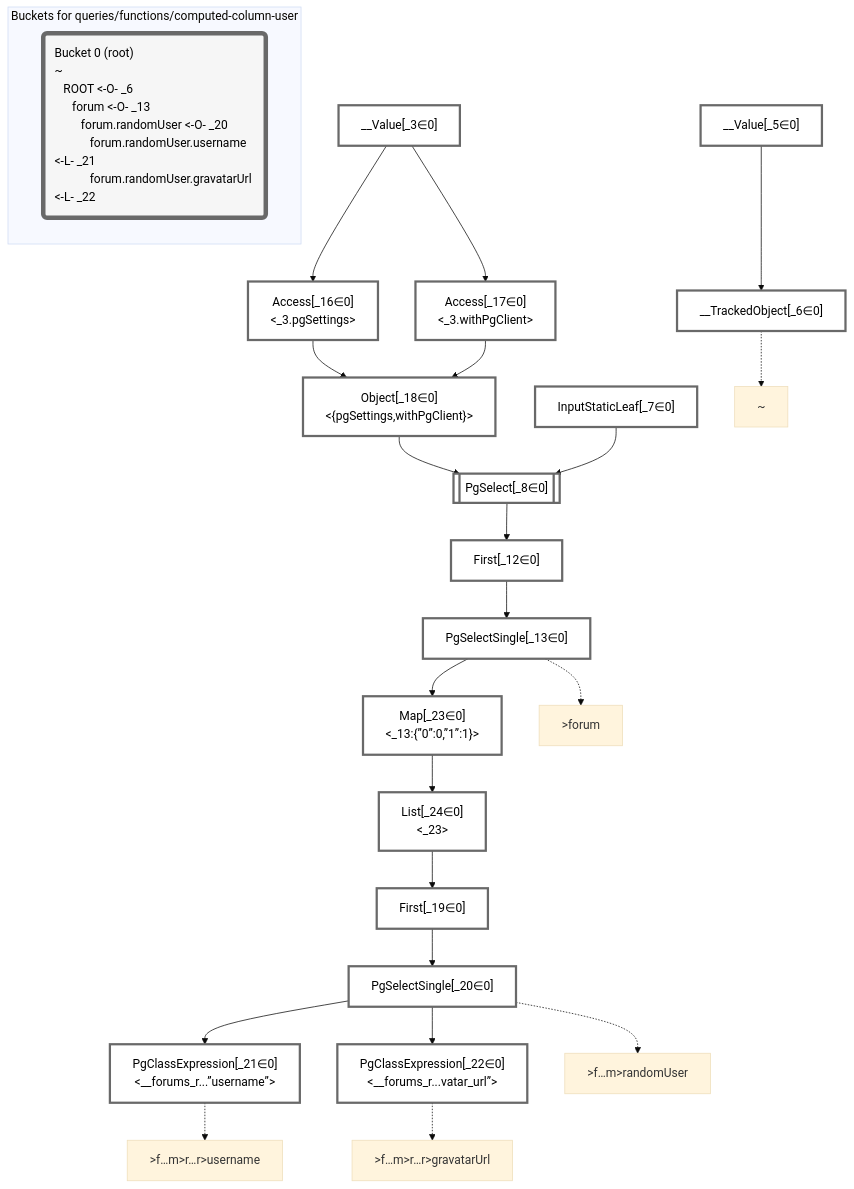
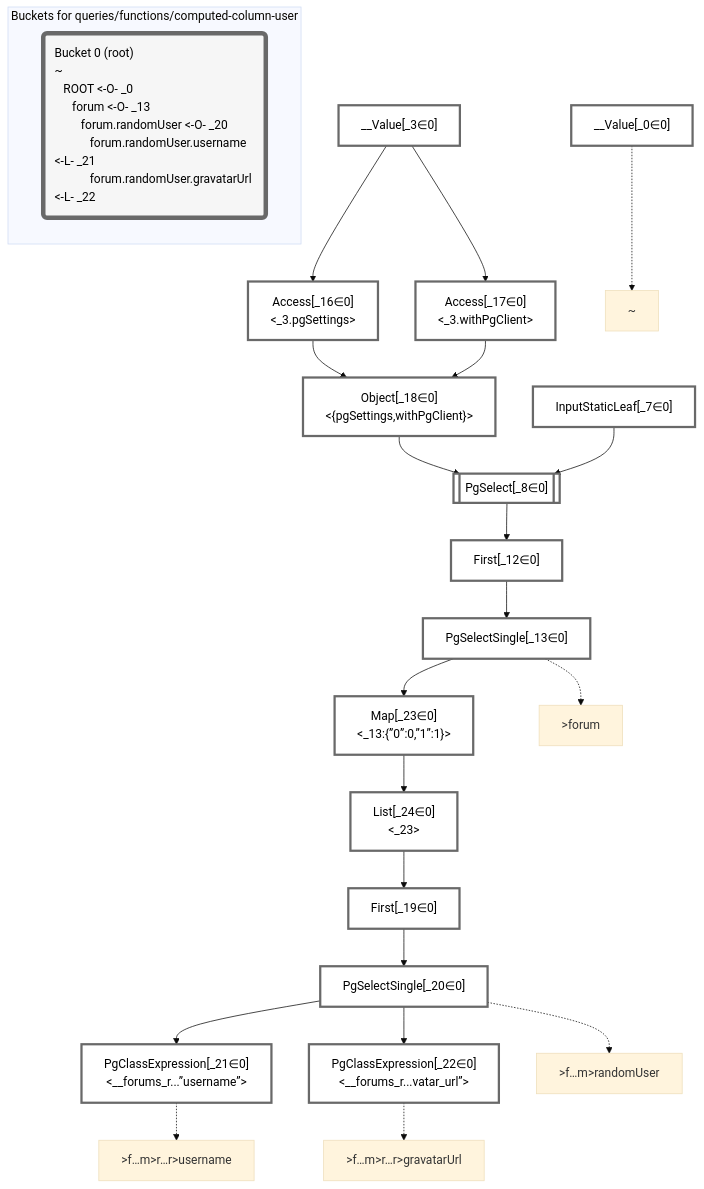
Before and after one commit to graphile/crystal: the diagram in packages/dataplan-pg/__tests__/queries/functions/computed-column-user.mermaid.md, drawn with Mermaid (base theme). The commit also changed 193 other files, not shown here.

Commit message:
Update test plan snapshots with new root plan

````diff
--- a/packages/dataplan-pg/__tests__/queries/functions/computed-column-user.mermaid.md
+++ b/packages/dataplan-pg/__tests__/queries/functions/computed-column-user.mermaid.md
@@ -1,65 +1,63 @@
 ```mermaid
 graph TD
     classDef path fill:#eee,stroke:#000,color:#000
     classDef plan fill:#fff,stroke-width:3px,color:#000
     classDef itemplan fill:#fff,stroke-width:6px,color:#000
     classDef sideeffectplan fill:#f00,stroke-width:6px,color:#000
     classDef bucket fill:#f6f6f6,color:#000,stroke-width:6px,text-align:left
 
 
     %% define plans
+    __Value_0["__Value[_0∈0]"]:::plan
     __Value_3["__Value[_3∈0]<br /><context>"]:::plan
-    __Value_5["__Value[_5∈0]<br /><rootValue>"]:::plan
-    __TrackedObject_6["__TrackedObject[_6∈0]"]:::plan
     InputStaticLeaf_7["InputStaticLeaf[_7∈0]"]:::plan
     PgSelect_8[["PgSelect[_8∈0]<br /><forums>"]]:::plan
     First_12["First[_12∈0]"]:::plan
     PgSelectSingle_13["PgSelectSingle[_13∈0]<br /><forums>"]:::plan
     Access_16["Access[_16∈0]<br /><_3.pgSettings>"]:::plan
     Access_17["Access[_17∈0]<br /><_3.withPgClient>"]:::plan
     Object_18["Object[_18∈0]<br /><{pgSettings,withPgClient}>"]:::plan
     First_19["First[_19∈0]"]:::plan
     PgSelectSingle_20["PgSelectSingle[_20∈0]<br /><users>"]:::plan
     PgClassExpression_21["PgClassExpression[_21∈0]<br /><__forums_r...”username”>"]:::plan
     PgClassExpression_22["PgClassExpression[_22∈0]<br /><__forums_r...vatar_url”>"]:::plan
     Map_23["Map[_23∈0]<br /><_13:{”0”:0,”1”:1}>"]:::plan
     List_24["List[_24∈0]<br /><_23>"]:::plan
 
     %% plan dependencies
-    __Value_5 --> __TrackedObject_6
     Object_18 --> PgSelect_8
     InputStaticLeaf_7 --> PgSelect_8
     PgSelect_8 --> First_12
     First_12 --> PgSelectSingle_13
     __Value_3 --> Access_16
     __Value_3 --> Access_17
     Access_16 --> Object_18
     Access_17 --> Object_18
     List_24 --> First_19
     First_19 --> PgSelectSingle_20
     PgSelectSingle_20 --> PgClassExpression_21
     PgSelectSingle_20 --> PgClassExpression_22
     PgSelectSingle_13 --> Map_23
     Map_23 --> List_24
 
     %% plan-to-path relationships
-    P_6["~"]
-    __TrackedObject_6 -.-> P_6
+    P_0["~"]
+    __Value_0 -.-> P_0
     P_13[">forum"]
     PgSelectSingle_13 -.-> P_13
     P_20[">f…m>randomUser"]
     PgSelectSingle_20 -.-> P_20
     P_21[">f…m>r…r>username"]
     PgClassExpression_21 -.-> P_21
     P_22[">f…m>r…r>gravatarUrl"]
     PgClassExpression_22 -.-> P_22
 
     %% allocate buckets
     classDef bucket0 stroke:#696969
-    class __Value_3,__Value_5,__TrackedObject_6,InputStaticLeaf_7,PgSelect_8,First_12,PgSelectSingle_13,Access_16,Access_17,Object_18,First_19,PgSelectSingle_20,PgClassExpression_21,PgClassExpression_22,Map_23,List_24 bucket0
+    class __Value_0,__Value_3,InputStaticLeaf_7,PgSelect_8,First_12,PgSelectSingle_13,Access_16,Access_17,Object_18,First_19,PgSelectSingle_20,PgClassExpression_21,PgClassExpression_22,Map_23,List_24 bucket0
 
     subgraph "Buckets for queries/functions/computed-column-user"
-    Bucket0("Bucket 0 (root)<br />~<br />⠀ROOT <-O- _6<br />⠀⠀forum <-O- _13<br />⠀⠀⠀forum.randomUser <-O- _20<br />⠀⠀⠀⠀forum.randomUser.username <-L- _21<br />⠀⠀⠀⠀forum.randomUser.gravatarUrl <-L- _22"):::bucket
+    Bucket0("Bucket 0 (root)<br />~<br />⠀ROOT <-O- _0<br />⠀⠀forum <-O- _13<br />⠀⠀⠀forum.randomUser <-O- _20<br />⠀⠀⠀⠀forum.randomUser.username <-L- _21<br />⠀⠀⠀⠀forum.randomUser.gravatarUrl <-L- _22"):::bucket
     style Bucket0 stroke:#696969
     end
 ```
````
